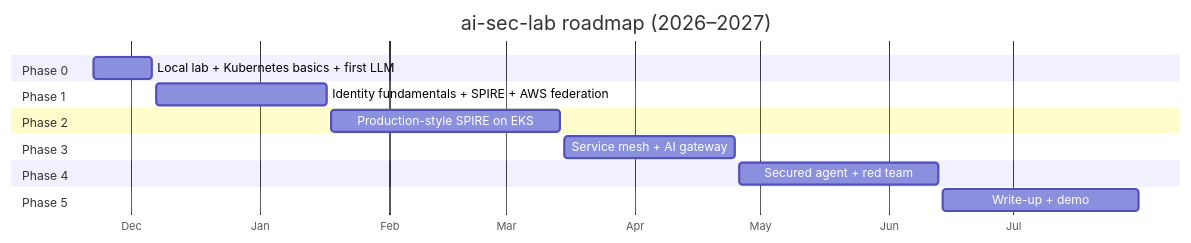
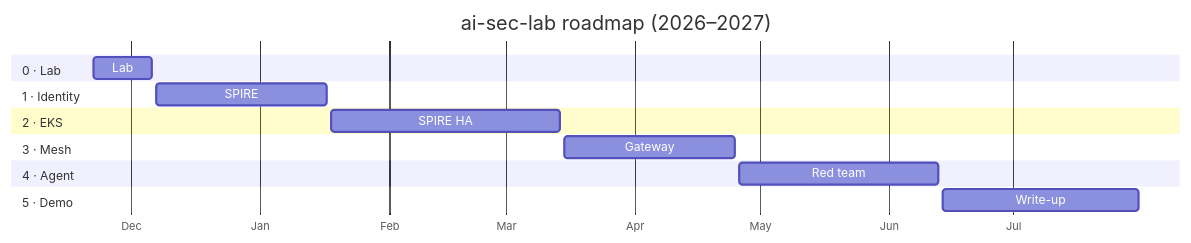
Before and after one commit to cody-fisher/ai-sec-lab: the second of 2 diagrams in README.md, drawn with Mermaid. The commit also changed other lines of this file, not shown here.

Commit message:
fix gantt chart labels

````diff
--- a/README.md
+++ b/README.md
@@ -56,18 +56,18 @@
 ```mermaid
 gantt
     title ai-sec-lab roadmap (2026–2027)
     dateFormat YYYY-MM-DD
     axisFormat %b
-    section Phase 0
-    Local lab + Kubernetes basics + first LLM   :p0, 2026-11-22, 2026-12-06
-    section Phase 1
-    Identity fundamentals + SPIRE + AWS federation :p1, 2026-12-07, 2027-01-17
-    section Phase 2
-    Production-style SPIRE on EKS                 :p2, 2027-01-18, 2027-03-14
-    section Phase 3
-    Service mesh + AI gateway                     :p3, 2027-03-15, 2027-04-25
-    section Phase 4
-    Secured agent + red team                      :p4, 2027-04-26, 2027-06-13
-    section Phase 5
-    Write-up + demo                               :p5, 2027-06-14, 2027-07-31
+    section 0 · Lab
+    Lab        :p0, 2026-11-22, 2026-12-06
+    section 1 · Identity
+    SPIRE      :p1, 2026-12-07, 2027-01-17
+    section 2 · EKS
+    SPIRE HA   :p2, 2027-01-18, 2027-03-14
+    section 3 · Mesh
+    Gateway    :p3, 2027-03-15, 2027-04-25
+    section 4 · Agent
+    Red team   :p4, 2027-04-26, 2027-06-13
+    section 5 · Demo
+    Write-up   :p5, 2027-06-14, 2027-07-31
 ```
````
